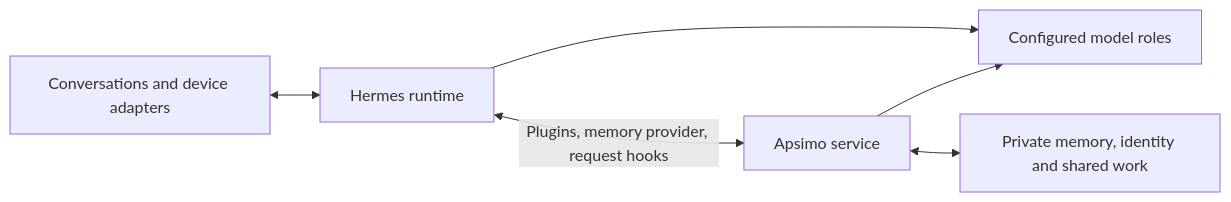
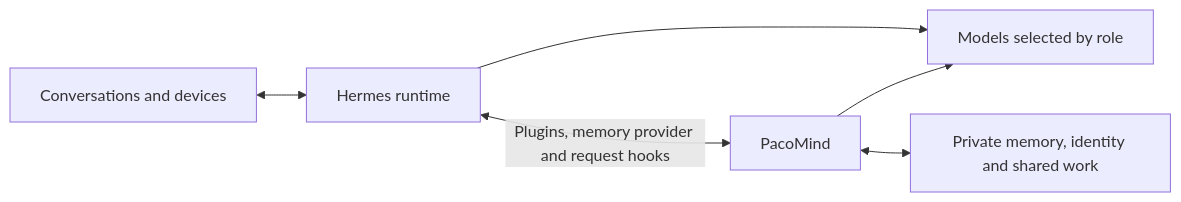
One commit to Aevonix/ColonyAI changed the diagram in README.md. Above: the diagram before and after it, drawn with Mermaid. The commit also changed other lines of this file and 1749 other files, not shown here.

Commit message:
Rename public engine and native packages to PacoMind

````diff
--- a/README.md
+++ b/README.md
@@ -75,8 +47,8 @@
 ```mermaid
 flowchart LR
-    Channels[Conversations and device adapters] <--> Hermes[Hermes runtime]
-    Hermes <-->|Plugins, memory provider, request hooks| Apsimo[Apsimo service]
-    Hermes --> Models[Configured model roles]
-    Apsimo --> Models
-    Apsimo <--> State[Private memory, identity and shared work]
+    Channels[Conversations and devices] <--> Hermes[Hermes runtime]
+    Hermes <-->|Plugins, memory provider and request hooks| PacoMind[PacoMind]
+    Hermes --> Models[Models selected by role]
+    PacoMind --> Models
+    PacoMind <--> State[Private memory, identity and shared work]
 ```
````
